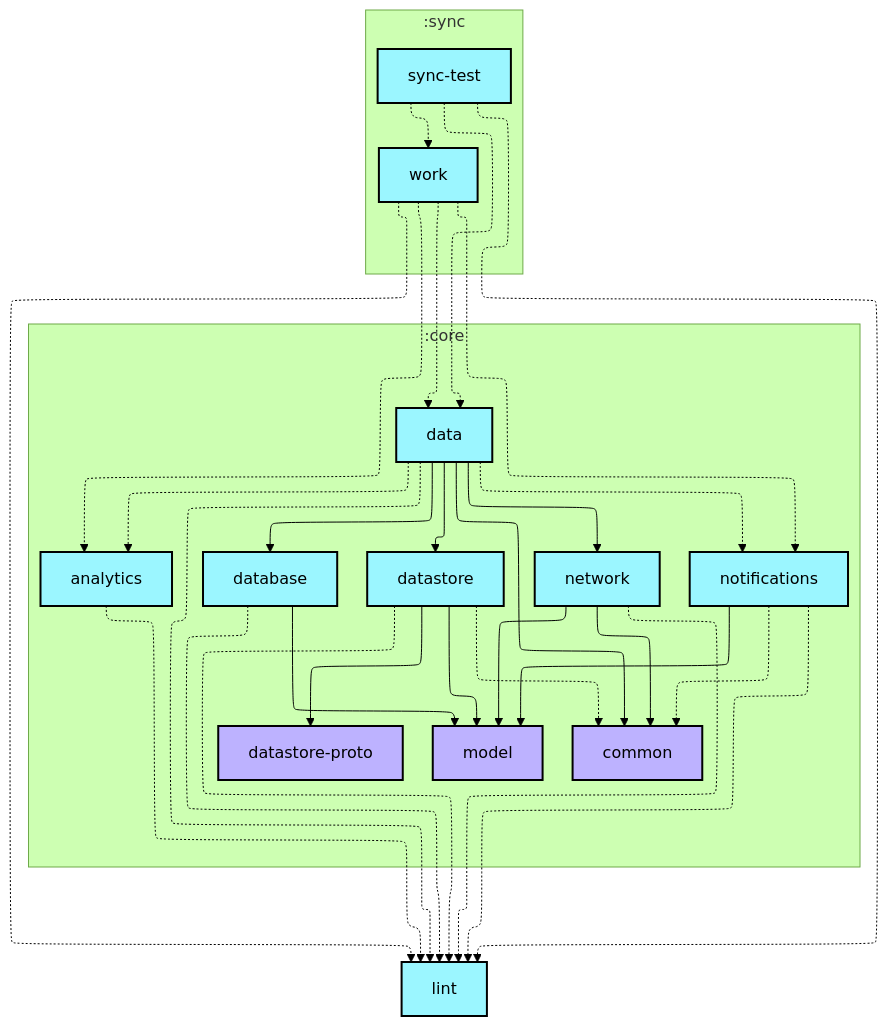
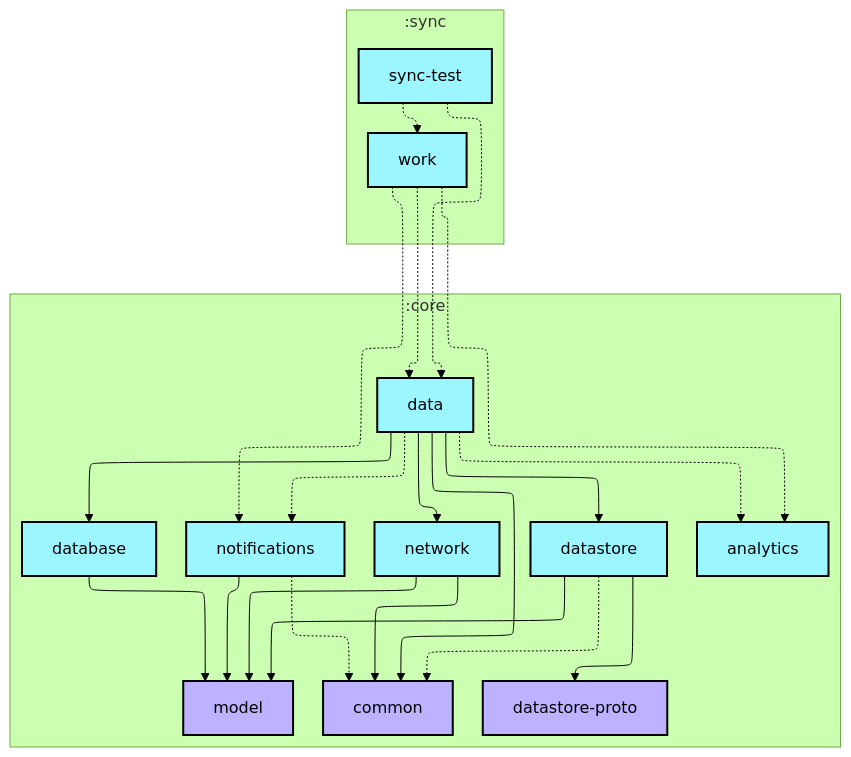
One commit to android/nowinandroid changed the first of 2 diagrams in sync/sync-test/README.md. Above: the diagram before and after it, drawn with Mermaid (forest theme). The commit also changed 30 other files, not shown here.

````diff
--- a/sync/sync-test/README.md
+++ b/sync/sync-test/README.md
@@ -6,62 +6,53 @@
 ```mermaid
 ---
 config:
   layout: elk
   elk:
     nodePlacementStrategy: SIMPLE
 ---
 graph TB
   subgraph :sync
     direction TB
     :sync:sync-test[sync-test]:::android-library
     :sync:work[work]:::android-library
   end
   subgraph :core
     direction TB
     :core:analytics[analytics]:::android-library
     :core:common[common]:::jvm-library
     :core:data[data]:::android-library
     :core:database[database]:::android-library
     :core:datastore[datastore]:::android-library
     :core:datastore-proto[datastore-proto]:::jvm-library
     :core:model[model]:::jvm-library
     :core:network[network]:::android-library
     :core:notifications[notifications]:::android-library
   end
-  :lint[lint]:::android-library
 
-  :core:analytics -.-> :lint
   :core:data -.-> :core:analytics
   :core:data --> :core:common
   :core:data --> :core:database
   :core:data --> :core:datastore
   :core:data --> :core:network
   :core:data -.-> :core:notifications
-  :core:data -.-> :lint
   :core:database --> :core:model
-  :core:database -.-> :lint
   :core:datastore -.-> :core:common
   :core:datastore --> :core:datastore-proto
   :core:datastore --> :core:model
-  :core:datastore -.-> :lint
   :core:network --> :core:common
   :core:network --> :core:model
-  :core:network -.-> :lint
   :core:notifications -.-> :core:common
   :core:notifications --> :core:model
-  :core:notifications -.-> :lint
   :sync:sync-test -.-> :core:data
-  :sync:sync-test -.-> :lint
   :sync:sync-test -.-> :sync:work
   :sync:work -.-> :core:analytics
   :sync:work -.-> :core:data
   :sync:work -.-> :core:notifications
-  :sync:work -.-> :lint
 
 classDef android-application fill:#CAFFBF,stroke:#000,stroke-width:2px,color:#000;
 classDef android-feature fill:#FFD6A5,stroke:#000,stroke-width:2px,color:#000;
 classDef android-library fill:#9BF6FF,stroke:#000,stroke-width:2px,color:#000;
 classDef android-test fill:#A0C4FF,stroke:#000,stroke-width:2px,color:#000;
 classDef jvm-library fill:#BDB2FF,stroke:#000,stroke-width:2px,color:#000;
 classDef unknown fill:#FFADAD,stroke:#000,stroke-width:2px,color:#000;
 ```
````
